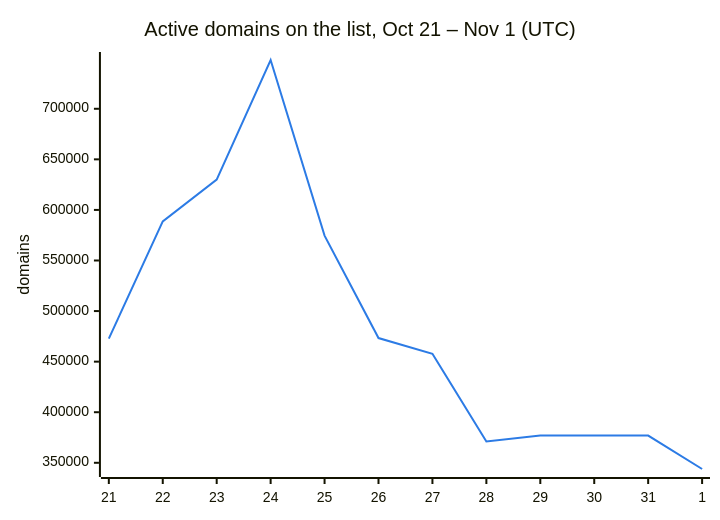
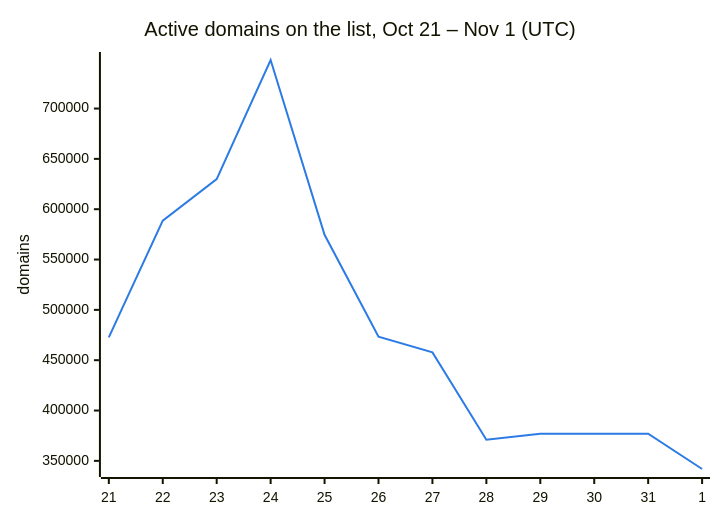
One commit to DNSBunker/CTI changed the second of 3 diagrams in README.md. Above: the diagram before and after it, drawn with Mermaid. The commit also changed other lines of this file and 3 other files, not shown here.

````diff
--- a/README.md
+++ b/README.md
@@ -38,8 +38,8 @@
 ```mermaid
 %%{init: {"themeVariables": {"xyChart": {"plotColorPalette": "#2c7be5"}}}}%%
 xychart-beta
     title "Active domains on the list, Oct 21 – Nov 1 (UTC)"
     x-axis ["21", "22", "23", "24", "25", "26", "27", "28", "29", "30", "31", "1"]
     y-axis "domains"
-    line [472713, 588659, 629951, 748222, 574614, 473331, 457795, 371010, 376945, 376945, 376945, 343862]
+    line [472713, 588659, 629951, 748222, 574614, 473331, 457795, 371010, 376945, 376945, 376945, 341915]
 ```
````
